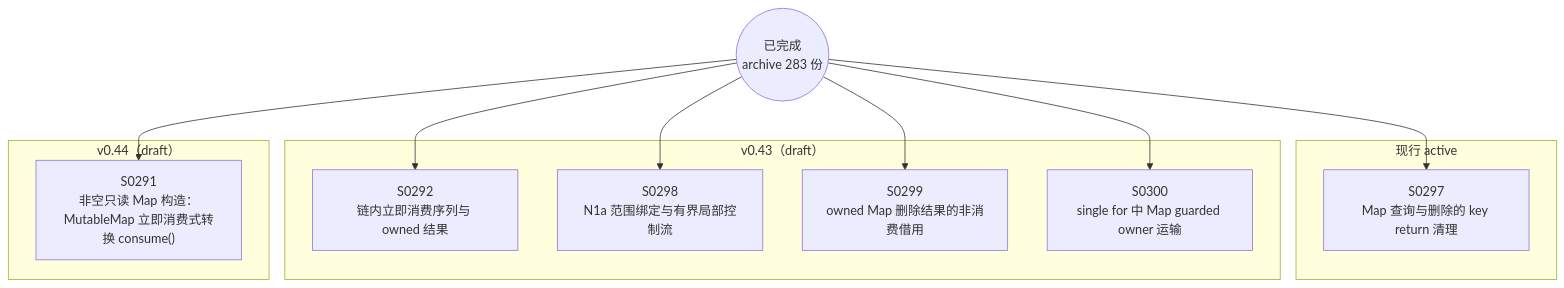
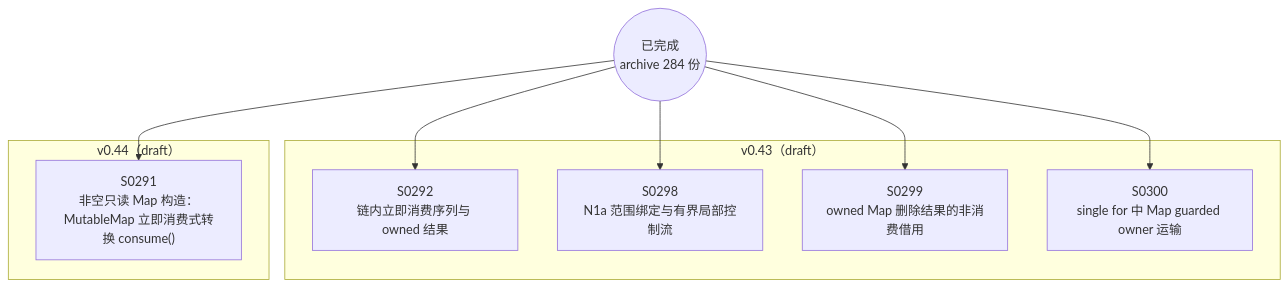
The diagram in docs/specs/dependency-graph.md (Halckon/Koven), drawn with Mermaid before and after one commit. The commit also changed other lines of this file and 11 other files, not shown here.

Commit message:
docs(spec): archive bounded Map key return acceptance (SPEC-0297)

````diff
--- a/docs/specs/dependency-graph.md
+++ b/docs/specs/dependency-graph.md
@@ -9,22 +9,18 @@
 ```mermaid
 flowchart TD
-ARCH(("已完成<br/>archive 283 份"))
-subgraph Gactive["现行 active"]
-  S0297["S0297<br/>Map 查询与删除的 key return 清理"]
-end
+ARCH(("已完成<br/>archive 284 份"))
 subgraph Gdrafts_v043["v0.43（draft）"]
   S0292["S0292<br/>链内立即消费序列与 owned 结果"]
   S0298["S0298<br/>N1a 范围绑定与有界局部控制流"]
   S0299["S0299<br/>owned Map 删除结果的非消费借用"]
   S0300["S0300<br/>single for 中 Map guarded owner 运输"]
 end
 subgraph Gdrafts_v044["v0.44（draft）"]
   S0291["S0291<br/>非空只读 Map 构造：MutableMap 立即消费式转换 consume()"]
 end
 ARCH --> S0291
 ARCH --> S0292
-ARCH --> S0297
 ARCH --> S0298
 ARCH --> S0299
 ARCH --> S0300
 ```
````
